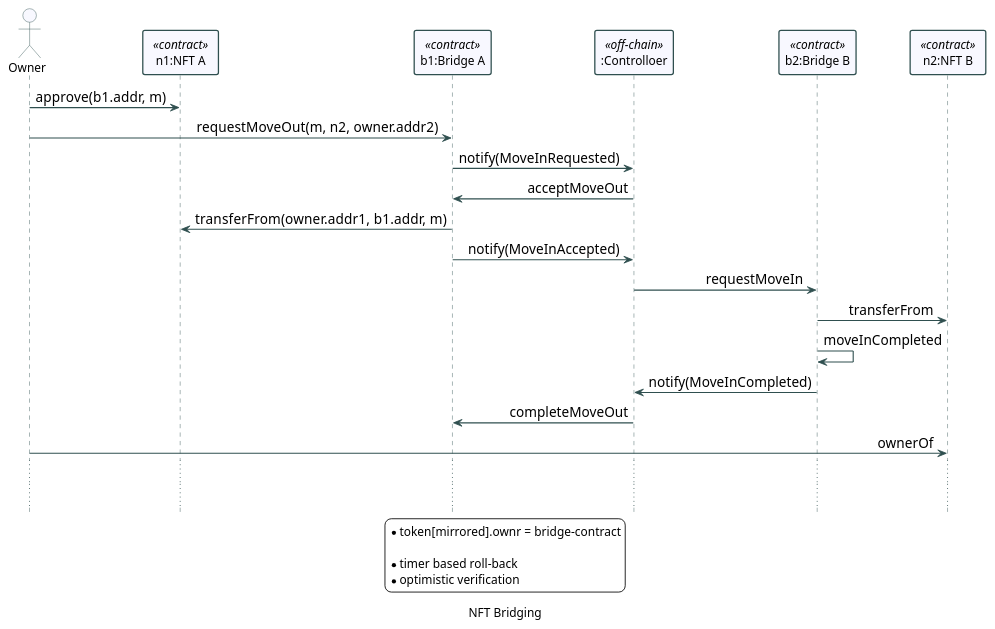
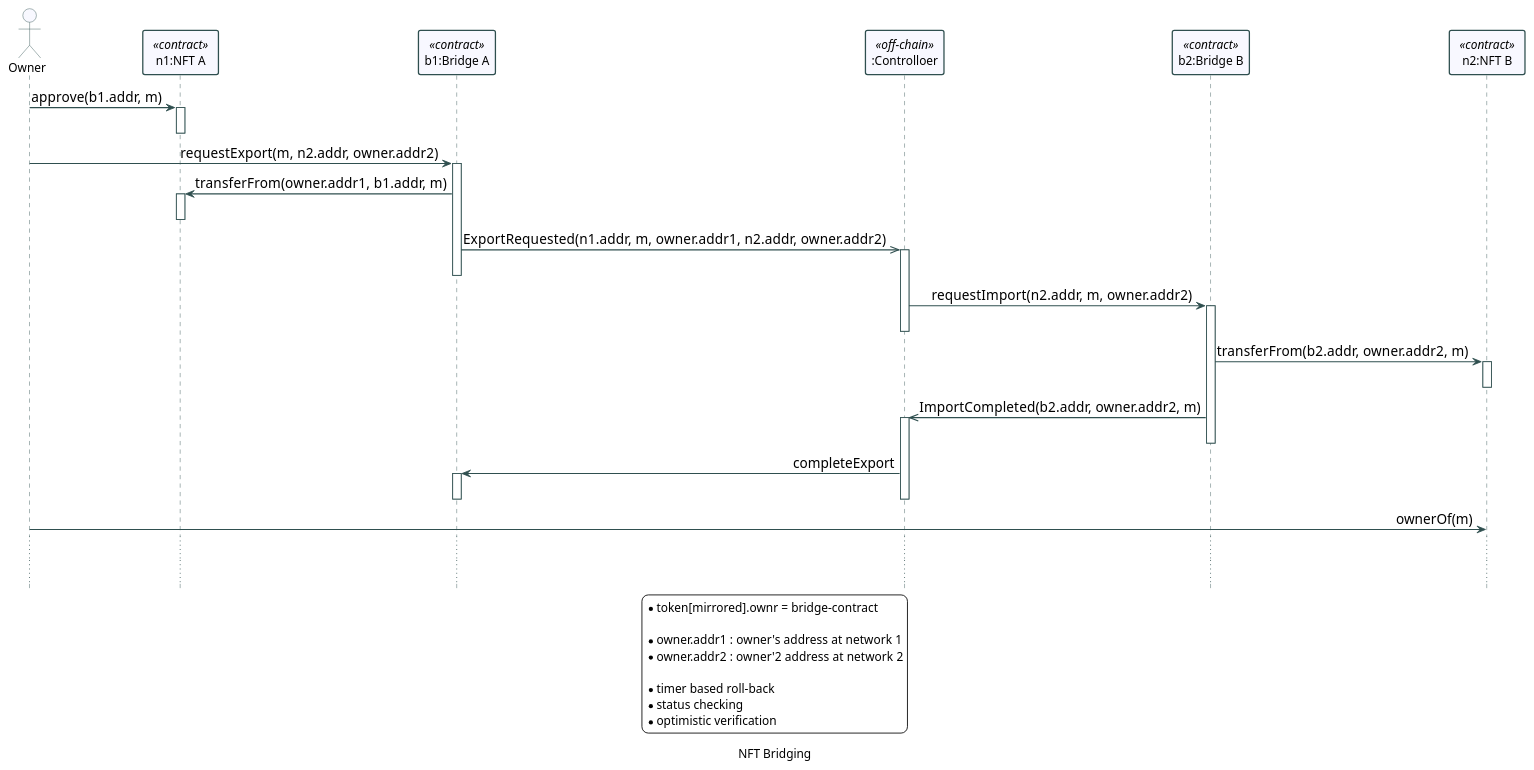
The diagram in blockchain/nft/nft-bridge-1.plantuml (3rdstage/models), drawn with PlantUML before and after one commit.

Commit message:
Adding sequence diagram for Ethereum Bridge.

```diff
--- a/blockchain/nft/nft-bridge-1.plantuml
+++ b/blockchain/nft/nft-bridge-1.plantuml
@@ -1,102 +1,109 @@
 @startuml
-
 
 ' https://plantuml.com/class-diagram
 ' https://plantuml.com/sequence-diagram
 ' https://plantuml-documentation.readthedocs.io/en/latest/formatting/all-skin-params.html
 ' https://plantuml-documentation.readthedocs.io/en/latest/formatting/all-skin-params.html#class
 ' https://plantuml.com/creole
 ' https://www.w3schools.com/colors/colors_names.asp
 
 skinparam {
   'DefaultFontName Consolas
   DefaultFontName Monaco
   'DefaultFontName Lucida Console
   'DefaultMonospacedFontName Consolas
   'DefaultFontStyle bold
   
   BackgroundColor transparent
   PageMargin 10
   BoxPadding 100
   ParticipantPadding 20
 
   ArrowFontSize 16
   ArrowThickness 1
   MinClassWidth 75
   ClassFontStyle bold
   
   NoteBackgroundColor SeaShell
   NoteBorderColor transparent
   NoteShadowing false
 }
 
 skinparam Sequence{
   DividerBorderThickness 1.5
   ReferenceBorderThickness 1.5
   MessageAlignment right
 
   ArrowColor DarkSlateGray
   ArrowThickness 1.3
   LifeLineBorderColor DarkSlateGray
   LifeLineBorderThickness 1.3
 
   ActorBorderColor DarkSlateGray
   ActorBackgroundColor GhostWhite
   ParticipantBorderColor DarkSlateGray
   ParticipantBorderThickness 1.5
   ParticipantBackgroundColor GhostWhite
 
   BoxBackgroundColor transparent
   BoxBorderColor transparent
   
   GroupBorderThickness 1.3
   GroupBorderColor DarkBlue
   GroupBodyBackgroundColor Azure
 }
 
 skinparam Group{
   BorderThickness 1.3
   BorderShadowing true
 }
 
 hide Circle
 hide Footbox
 caption NFT Bridging
 
 
 Actor Owner as owner
 Participant "n1:NFT A" as nft1 <<contract>>
 Participant "b1:Bridge A" as brd1 <<contract>>
 Participant ":Controlloer" as cntrl <<off-chain>>
 Participant "b2:Bridge B" as brd2 <<contract>>
 Participant "n2:NFT B" as nft2 <<contract>>
 
-owner -> nft1 : approve(b1.addr, m)
-owner -> brd1 : requestMoveOut(m, n2, owner.addr2)
 
-brd1 -> cntrl : notify(MoveInRequested)
-cntrl -> brd1 : acceptMoveOut
-brd1 -> nft1 : transferFrom(owner.addr1, b1.addr, m)
+owner -> nft1 ++ : approve(b1.addr, m)
+nft1 --
 
-brd1 -> cntrl : notify(MoveInAccepted)
-cntrl -> brd2 : requestMoveIn
-brd2 -> nft2 : transferFrom
-brd2 -> brd2 : moveInCompleted
+owner -> brd1 ++ : requestExport(m, n2.addr, owner.addr2)
+  brd1 -> nft1 ++ : transferFrom(owner.addr1, b1.addr, m)
+    nft1 --
+  brd1 ->> cntrl ++ : ExportRequested(n1.addr, m, owner.addr1, n2.addr, owner.addr2)
+    brd1 --
+    cntrl -> brd2 ++ : requestImport(n2.addr, m, owner.addr2)
+      cntrl --
+      brd2 -> nft2 ++ : transferFrom(b2.addr, owner.addr2, m)
+        nft2 --
+      brd2 ->> cntrl ++ : ImportCompleted(b2.addr, owner.addr2, m)
+        brd2 --
+        cntrl -> brd1 ++ : completeExport
+          brd1 --
+        cntrl --
 
-brd2 -> cntrl : notify(MoveInCompleted)
-cntrl -> brd1 : completeMoveOut
-
-owner -> nft2 : ownerOf
+owner -> nft2 : ownerOf(m)
 
 ...
 ...
 
 legend
   * token[mirrored].ownr = bridge-contract
 
+  * owner.addr1 : owner's address at network 1
+  * owner.addr2 : owner'2 address at network 2
+  
   * timer based roll-back
+  * status checking
   * optimistic verification
 end legend
 
 
 @enduml
```
